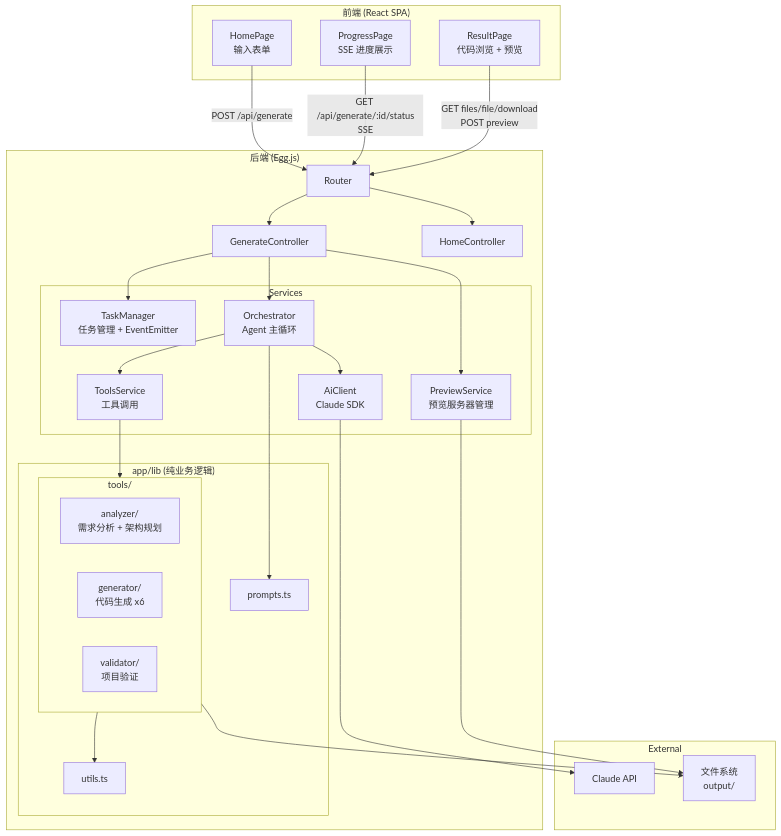
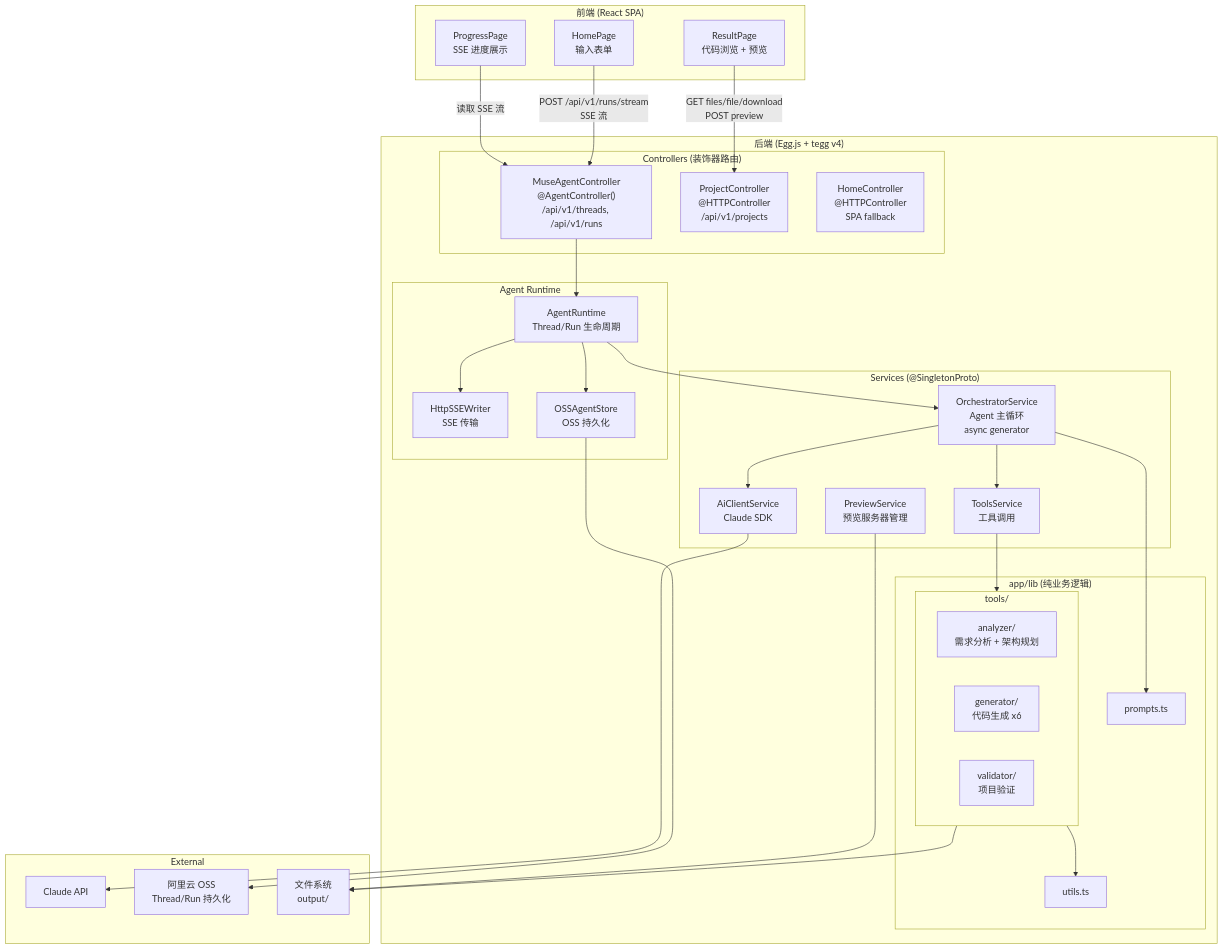
One commit to eggjs/agent-examples changed the first of 3 diagrams in mini-muse/docs/design.md. Above: the diagram before and after it, drawn with Mermaid. The commit also changed other lines of this file and 23 other files, not shown here.

First line of the commit message:
refactor: migrate to tegg v4 + @AgentController for standardized Agent API

````diff
--- a/mini-muse/docs/design.md
+++ b/mini-muse/docs/design.md
@@ -20,56 +20,64 @@
 ```mermaid
 graph TB
     subgraph Frontend["前端 (React SPA)"]
         HP[HomePage<br/>输入表单]
         PP[ProgressPage<br/>SSE 进度展示]
         RP[ResultPage<br/>代码浏览 + 预览]
     end
 
-    subgraph Backend["后端 (Egg.js)"]
-        Router[Router]
-        GC[GenerateController]
-        HC[HomeController]
+    subgraph Backend["后端 (Egg.js + tegg v4)"]
+        subgraph Controllers["Controllers (装饰器路由)"]
+            MAC["MuseAgentController<br/>@AgentController()<br/>/api/v1/threads, /api/v1/runs"]
+            PC["ProjectController<br/>@HTTPController<br/>/api/v1/projects"]
+            HC["HomeController<br/>@HTTPController<br/>SPA fallback"]
+        end
 
-        subgraph Services
-            TM[TaskManager<br/>任务管理 + EventEmitter]
-            ORC[Orchestrator<br/>Agent 主循环]
-            AI[AiClient<br/>Claude SDK]
+        subgraph Services["Services (@SingletonProto)"]
+            ORC[OrchestratorService<br/>Agent 主循环<br/>async generator]
+            AI[AiClientService<br/>Claude SDK]
             TS[ToolsService<br/>工具调用]
             PV[PreviewService<br/>预览服务器管理]
+        end
+
+        subgraph Runtime["Agent Runtime"]
+            AR[AgentRuntime<br/>Thread/Run 生命周期]
+            SSE[HttpSSEWriter<br/>SSE 传输]
+            STORE[OSSAgentStore<br/>OSS 持久化]
         end
 
         subgraph Lib["app/lib (纯业务逻辑)"]
             PR[prompts.ts]
             UT[utils.ts]
             subgraph Tools["tools/"]
                 AN[analyzer/<br/>需求分析 + 架构规划]
                 GN[generator/<br/>代码生成 x6]
                 VL[validator/<br/>项目验证]
             end
         end
     end
 
     subgraph External
         Claude[Claude API]
+        OSS[阿里云 OSS<br/>Thread/Run 持久化]
         FS[文件系统<br/>output/]
     end
 
-    HP -->|POST /api/generate| Router
-    PP -->|GET /api/generate/:id/status<br/>SSE| Router
-    RP -->|GET files/file/download<br/>POST preview| Router
+    HP -->|POST /api/v1/runs/stream<br/>SSE 流| MAC
+    PP -->|读取 SSE 流| MAC
+    RP -->|GET files/file/download<br/>POST preview| PC
 
-    Router --> GC
-    Router --> HC
+    MAC --> AR
+    AR --> ORC
+    AR --> SSE
+    AR --> STORE
+    STORE --> OSS
 
-    GC --> TM
-    GC --> ORC
-    GC --> PV
     ORC --> AI
     ORC --> TS
     AI --> Claude
     TS --> Tools
     Tools --> UT
     ORC --> PR
     Tools --> FS
     PV --> FS
 ```
````
